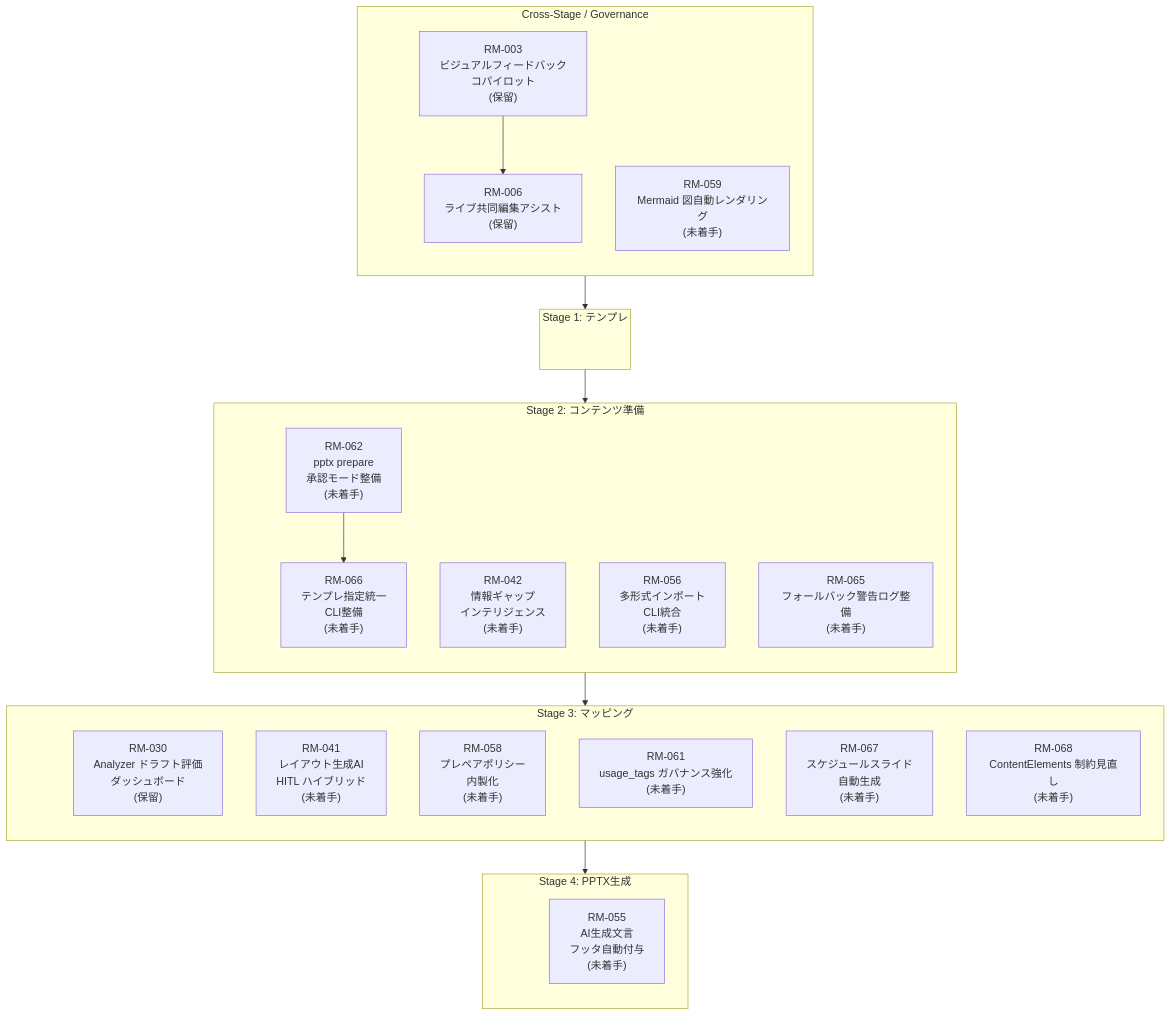
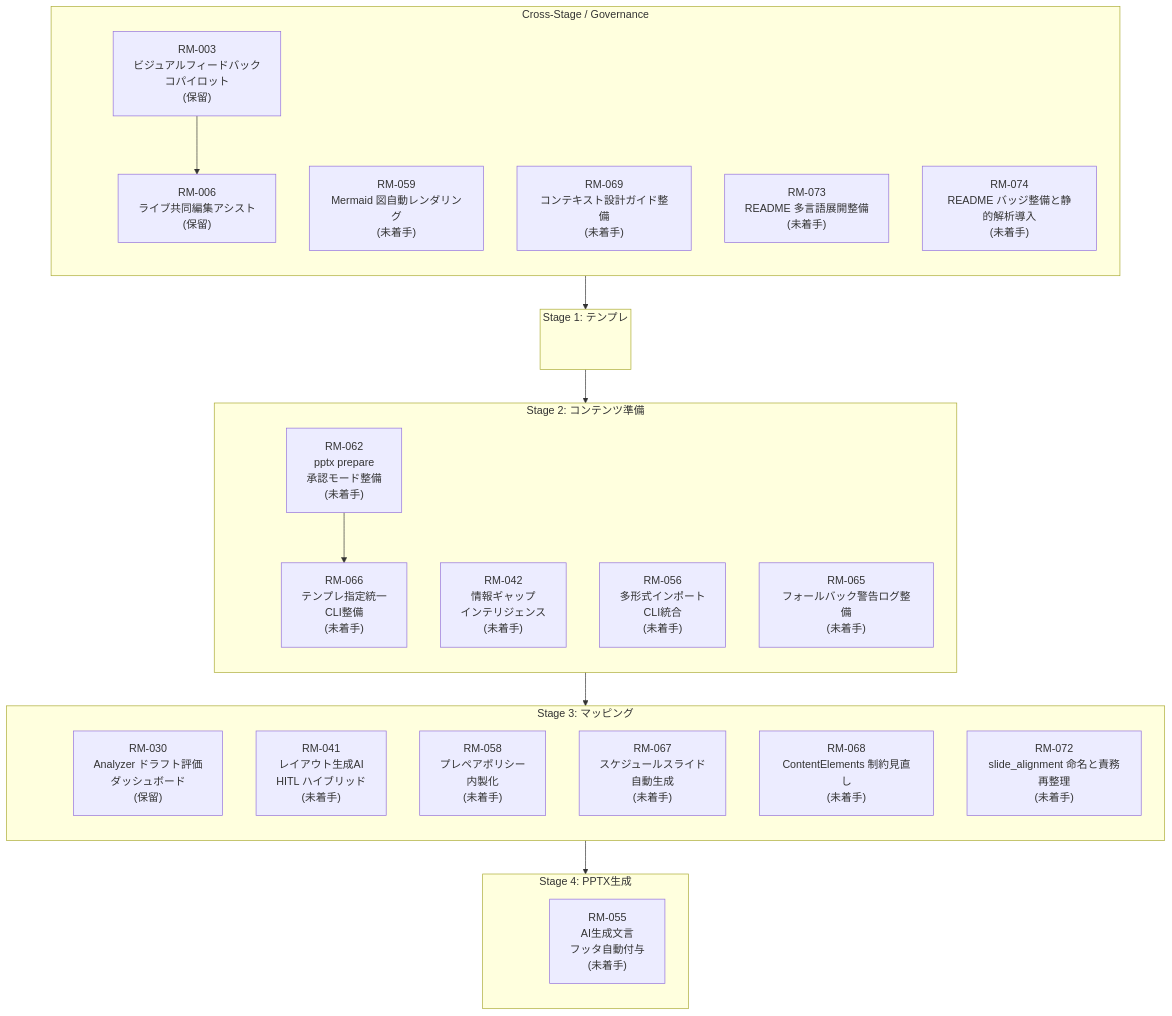
One commit to yurake/pptx_generator changed the diagram in docs/roadmap/roadmap.md. Above: the diagram before and after it, drawn with Mermaid. The commit also changed other lines of this file, not shown here.

````diff
--- a/docs/roadmap/roadmap.md
+++ b/docs/roadmap/roadmap.md
@@ -25,53 +25,56 @@
 ```mermaid
 flowchart TB
     subgraph GOV["Cross-Stage / Governance"]
         direction TB
         GOV_ANCHOR(( ))
         RM003["RM-003<br/>ビジュアルフィードバック<br/>コパイロット<br/>(保留)"]
         RM006["RM-006<br/>ライブ共同編集アシスト<br/>(保留)"]
         RM059["RM-059<br/>Mermaid 図自動レンダリング<br/>(未着手)"]
+        RM069["RM-069<br/>コンテキスト設計ガイド整備<br/>(未着手)"]
+        RM073["RM-073<br/>README 多言語展開整備<br/>(未着手)"]
+        RM074["RM-074<br/>README バッジ整備と静的解析導入<br/>(未着手)"]
     end
 
     subgraph ST1["Stage 1: テンプレ"]
         direction TB
         ST1_ANCHOR(( ))
     end
 
     subgraph ST2["Stage 2: コンテンツ準備"]
         direction TB
         ST2_ANCHOR(( ))
         RM042["RM-042<br/>情報ギャップ<br/>インテリジェンス<br/>(未着手)"]
         RM056["RM-056<br/>多形式インポート<br/>CLI統合<br/>(未着手)"]
         RM062["RM-062<br/>pptx prepare<br/>承認モード整備<br/>(未着手)"]
         RM065["RM-065<br/>フォールバック警告ログ整備<br/>(未着手)"]
         RM066["RM-066<br/>テンプレ指定統一<br/>CLI整備<br/>(未着手)"]
     end
 
     subgraph ST3["Stage 3: マッピング"]
         direction TB
         ST3_ANCHOR(( ))
         RM030["RM-030<br/>Analyzer ドラフト評価<br/>ダッシュボード<br/>(保留)"]
         RM041["RM-041<br/>レイアウト生成AI<br/>HITL ハイブリッド<br/>(未着手)"]
         RM058["RM-058<br/>プレペアポリシー<br/>内製化<br/>(未着手)"]
-        RM061["RM-061<br/>usage_tags ガバナンス強化<br/>(未着手)"]
         RM067["RM-067<br/>スケジュールスライド<br/>自動生成<br/>(未着手)"]
         RM068["RM-068<br/>ContentElements 制約見直し<br/>(未着手)"]
+        RM072["RM-072<br/>slide_alignment 命名と責務再整理<br/>(未着手)"]
     end
 
     subgraph ST4["Stage 4: PPTX生成"]
         direction TB
         ST4_ANCHOR(( ))
         RM055["RM-055<br/>AI生成文言<br/>フッタ自動付与<br/>(未着手)"]
     end
 
     style GOV_ANCHOR fill:transparent,stroke:transparent
     style ST1_ANCHOR fill:transparent,stroke:transparent
     style ST2_ANCHOR fill:transparent,stroke:transparent
     style ST3_ANCHOR fill:transparent,stroke:transparent
     style ST4_ANCHOR fill:transparent,stroke:transparent
 
     GOV_ANCHOR --> ST1_ANCHOR --> ST2_ANCHOR --> ST3_ANCHOR --> ST4_ANCHOR
 
     RM003 --> RM006
     RM062 --> RM066
 ```
````
